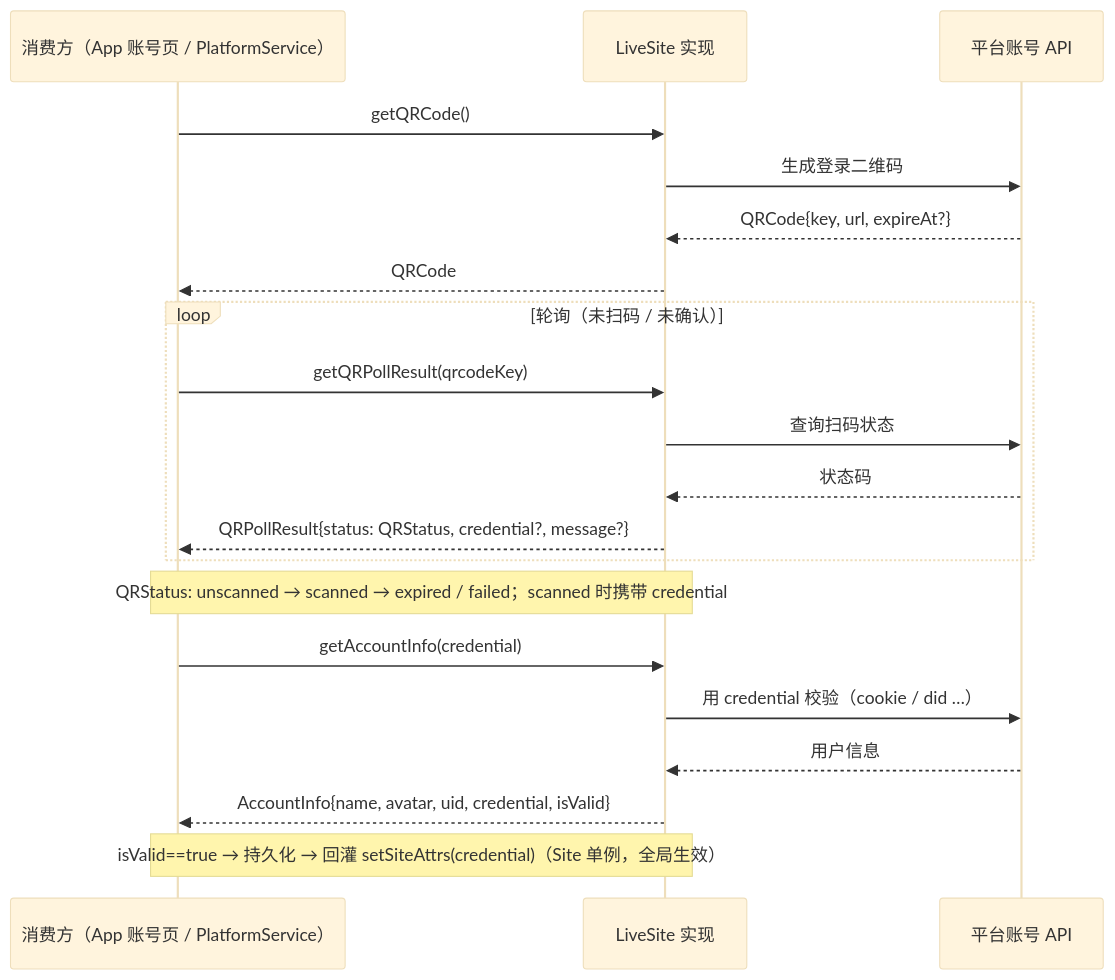
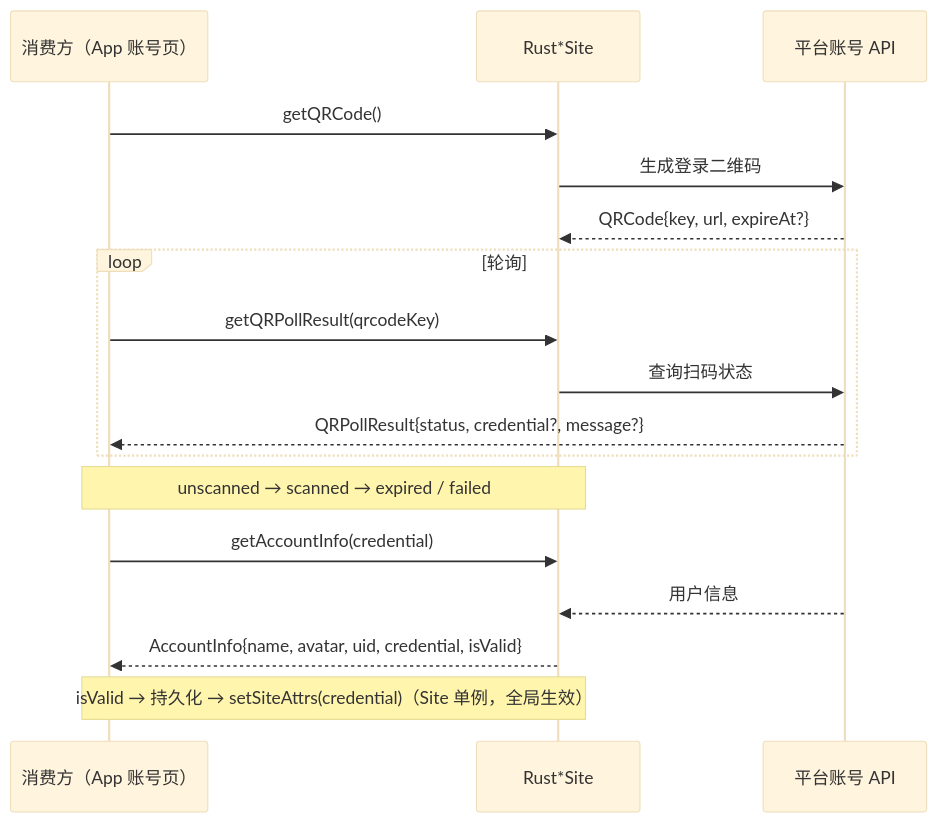
Diagram 12 of 12 in simple_live_core/doc/workflow-diagram.md (gaoxing64/dart_simple_live), drawn with Mermaid (base theme) before and after one commit. The commit also changed other lines of this file and 8 other files, not shown here.

````diff
--- a/simple_live_core/doc/workflow-diagram.md
+++ b/simple_live_core/doc/workflow-diagram.md
@@ -301,23 +297,20 @@
 ```mermaid
 sequenceDiagram
-    participant C as 消费方（App 账号页 / PlatformService）
-    participant S as LiveSite 实现
+    participant C as 消费方（App 账号页）
+    participant S as Rust*Site
     participant A as 平台账号 API
 
     C->>S: getQRCode()
     S->>A: 生成登录二维码
     A-->>S: QRCode{key, url, expireAt?}
-    S-->>C: QRCode
-    loop 轮询（未扫码 / 未确认）
+    loop 轮询
         C->>S: getQRPollResult(qrcodeKey)
         S->>A: 查询扫码状态
-        A-->>S: 状态码
-        S-->>C: QRPollResult{status: QRStatus, credential?, message?}
+        A-->>C: QRPollResult{status, credential?, message?}
     end
-    Note over C,S: QRStatus: unscanned → scanned → expired / failed；scanned 时携带 credential
+    Note over C,S: unscanned → scanned → expired / failed
     C->>S: getAccountInfo(credential)
-    S->>A: 用 credential 校验（cookie / did …）
     A-->>S: 用户信息
     S-->>C: AccountInfo{name, avatar, uid, credential, isValid}
-    Note over C,S: isValid==true → 持久化 → 回灌 setSiteAttrs(credential)（Site 单例，全局生效）
+    Note over C,S: isValid → 持久化 → setSiteAttrs(credential)（Site 单例，全局生效）
 ```
````
